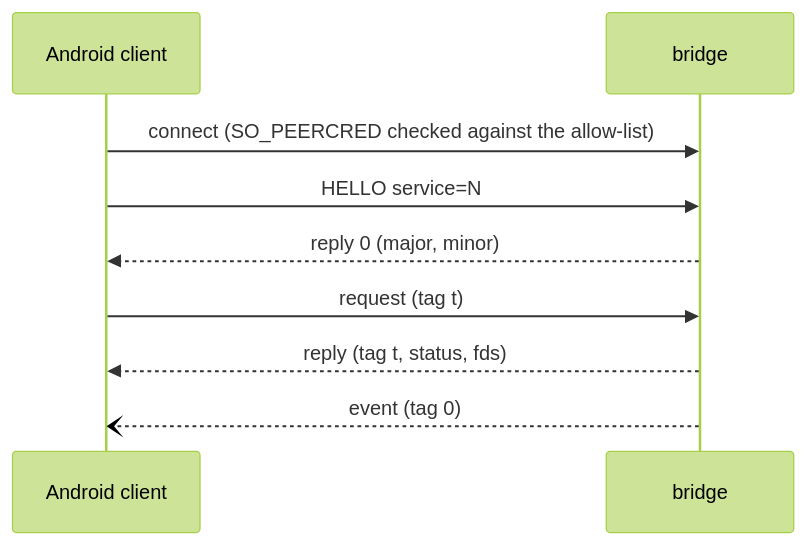
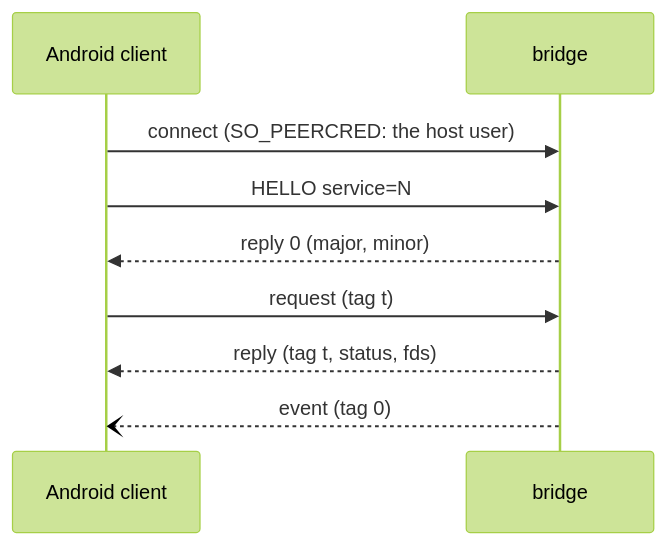
The diagram in docs/bridge-protocol.md (sargunv/innkeeper), drawn with Mermaid (forest theme) before and after one commit. The commit also changed other lines of this file and 8 other files, not shown here.

````diff
--- a/docs/bridge-protocol.md
+++ b/docs/bridge-protocol.md
@@ -54,11 +54,11 @@
 ```mermaid
 sequenceDiagram
   participant C as Android client
   participant B as bridge
-  C->>B: connect (SO_PEERCRED checked against the allow-list)
+  C->>B: connect (SO_PEERCRED: the host user)
   C->>B: HELLO service=N
   B-->>C: reply 0 (major, minor)
   C->>B: request (tag t)
   B-->>C: reply (tag t, status, fds)
   B--)C: event (tag 0)
 ```
````
